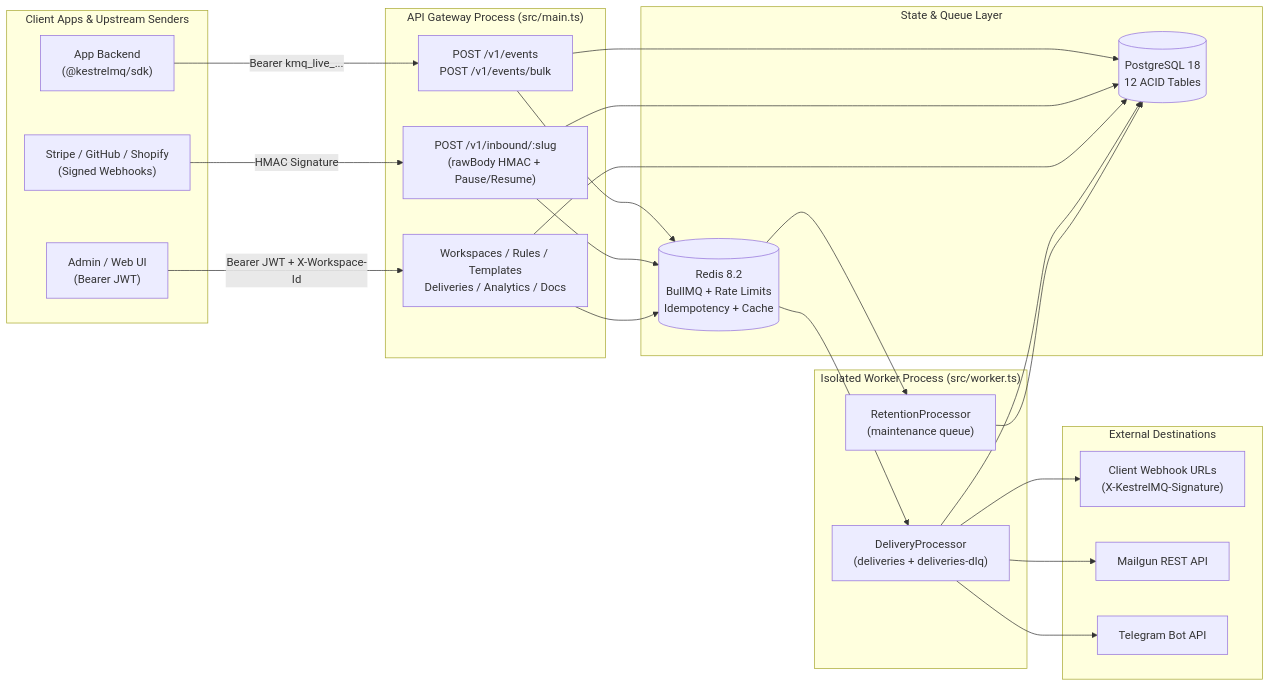
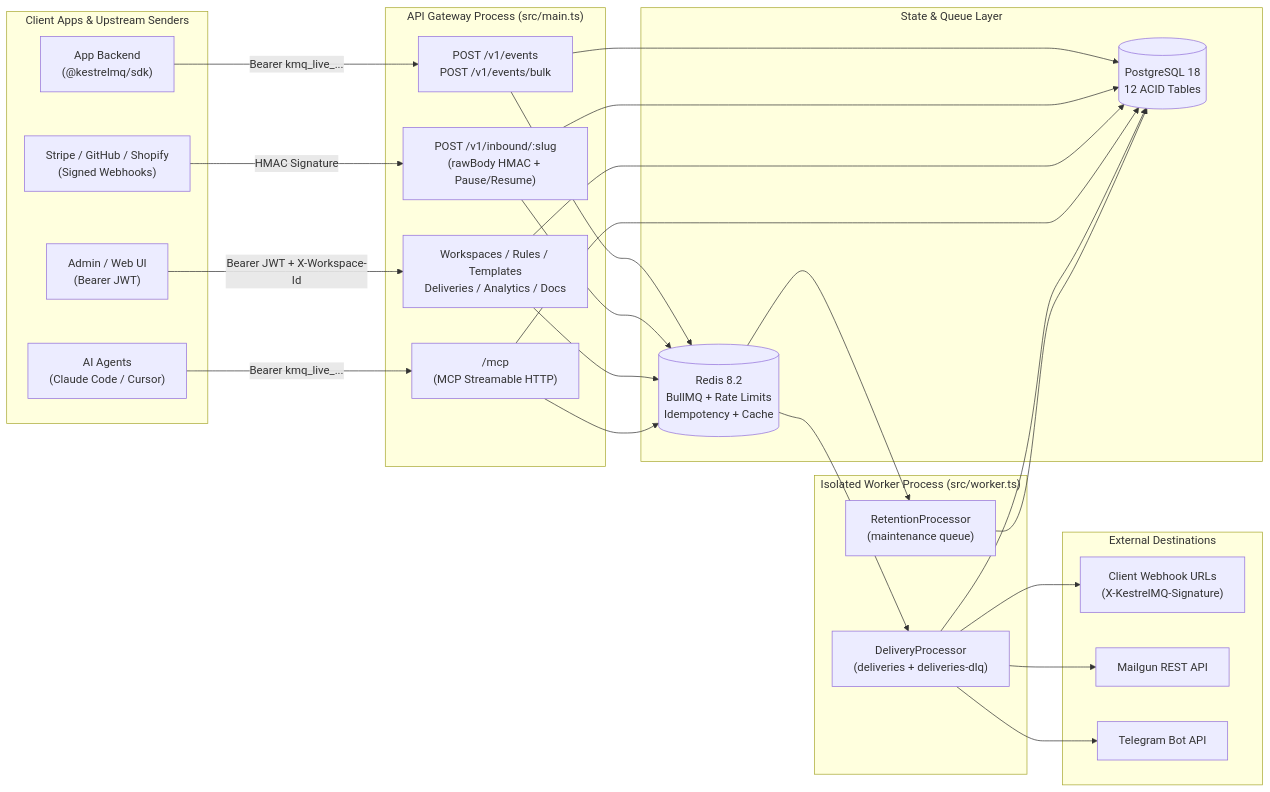
One commit to dmereiauron/kestrelmq changed the diagram in README.md. Above: the diagram before and after it, drawn with Mermaid. The commit also changed other lines of this file and 35 other files, not shown here.

````diff
--- a/README.md
+++ b/README.md
@@ -28,50 +29,55 @@
 ```mermaid
 flowchart LR
   subgraph Clients["Client Apps & Upstream Senders"]
     Backend["App Backend\n(@kestrelmq/sdk)"]
     Dashboard["Admin / Web UI\n(Bearer JWT)"]
+    Agent["AI Agents\n(Claude Code / Cursor)"]
     External["Stripe / GitHub / Shopify\n(Signed Webhooks)"]
   end
 
   subgraph Gateway["API Gateway Process (src/main.ts)"]
     EventsAPI["POST /v1/events\nPOST /v1/events/bulk"]
     InboundAPI["POST /v1/inbound/:slug\n(rawBody HMAC + Pause/Resume)"]
     MgmtAPI["Workspaces / Rules / Templates\nDeliveries / Analytics / Docs"]
+    McpAPI["/mcp\n(MCP Streamable HTTP)"]
   end
 
   subgraph Storage["State & Queue Layer"]
     PG[("PostgreSQL 18\n12 ACID Tables")]
     Redis[("Redis 8.2\nBullMQ + Rate Limits\nIdempotency + Cache")]
   end
 
   subgraph Workers["Isolated Worker Process (src/worker.ts)"]
     DeliveryProc["DeliveryProcessor\n(deliveries + deliveries-dlq)"]
     RetentionProc["RetentionProcessor\n(maintenance queue)"]
   end
 
   subgraph Targets["External Destinations"]
     WebhookTarget["Client Webhook URLs\n(X-KestrelMQ-Signature)"]
     Mailgun["Mailgun REST API"]
     Telegram["Telegram Bot API"]
   end
 
   Backend -->|"Bearer kmq_live_..."| EventsAPI
   Dashboard -->|"Bearer JWT + X-Workspace-Id"| MgmtAPI
   External -->|"HMAC Signature"| InboundAPI
+  Agent -->|"Bearer kmq_live_..."| McpAPI
 
   EventsAPI --> PG
   EventsAPI --> Redis
   InboundAPI --> PG
   InboundAPI --> Redis
   MgmtAPI --> PG
   MgmtAPI --> Redis
+  McpAPI --> PG
+  McpAPI --> Redis
 
   Redis --> DeliveryProc
   Redis --> RetentionProc
   DeliveryProc --> PG
   RetentionProc --> PG
 
   DeliveryProc --> WebhookTarget
   DeliveryProc --> Mailgun
   DeliveryProc --> Telegram
 ```
````
